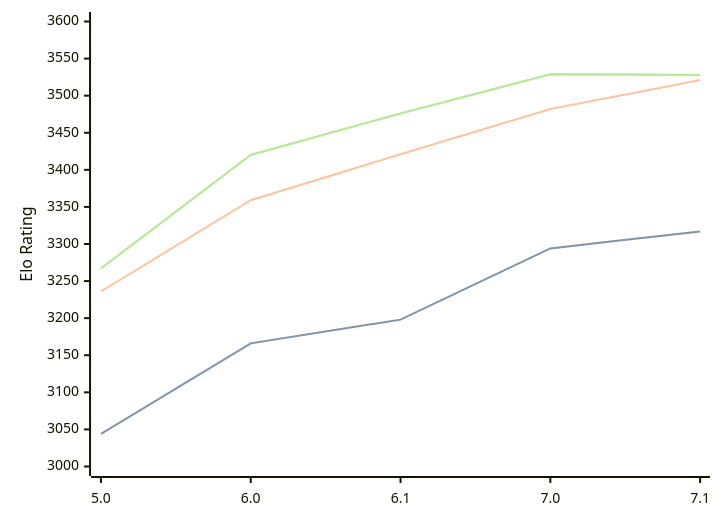
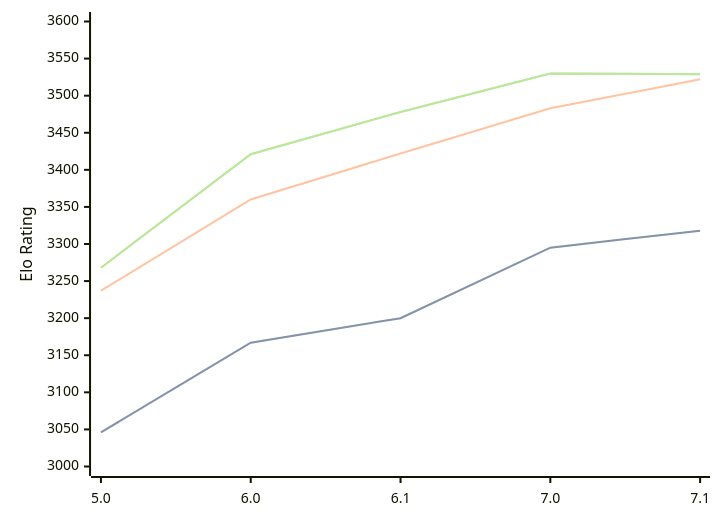
Before and after one commit to computer-chess-index/cci: the diagram in engines/PZChessBot.md, drawn with Mermaid. The commit also changed other lines of this file, not shown here.

Commit message:
Update CCI Ratings (ELO VLTC) - 2026-08-26

````diff
--- a/engines/PZChessBot.md
+++ b/engines/PZChessBot.md
@@ -35,11 +35,11 @@
 ```mermaid
 %%{init: {"theme":"base","themeVariables":{"seriesColors:['#a3a3a3','#222221','#faa371']}}}%%
 xychart-beta
   x-axis ["5.0", "6.0", "6.1", "7.0", "7.1"]
   y-axis "Elo Rating" 3000 --> 3600
-  line "STC (8.0+0.08s)" [3044, 3166, 3198, 3294, 3317]
-  line "STC (8.0+0.08s)" [3044, 3166, 3198, 3294, 3317]
-  line "LTC (60.0+0.60s)" [3236, 3359, 3421, 3482, 3521]
-  line "VLTC (2m24s+1.12s)" [3267, 3420, 3476, 3529, 3528]
-  line "VLTC (2m24s+1.12s)" [3267, 3420, 3476, 3529, 3528]
+  line "STC (8.0+0.08s)" [3046, 3167, 3200, 3295, 3318]
+  line "STC (8.0+0.08s)" [3046, 3167, 3200, 3295, 3318]
+  line "LTC (60.0+0.60s)" [3237, 3360, 3422, 3483, 3522]
+  line "VLTC (2m24s+1.12s)" [3268, 3421, 3478, 3530, 3529]
+  line "VLTC (2m24s+1.12s)" [3268, 3421, 3478, 3530, 3529]
 ```
````
